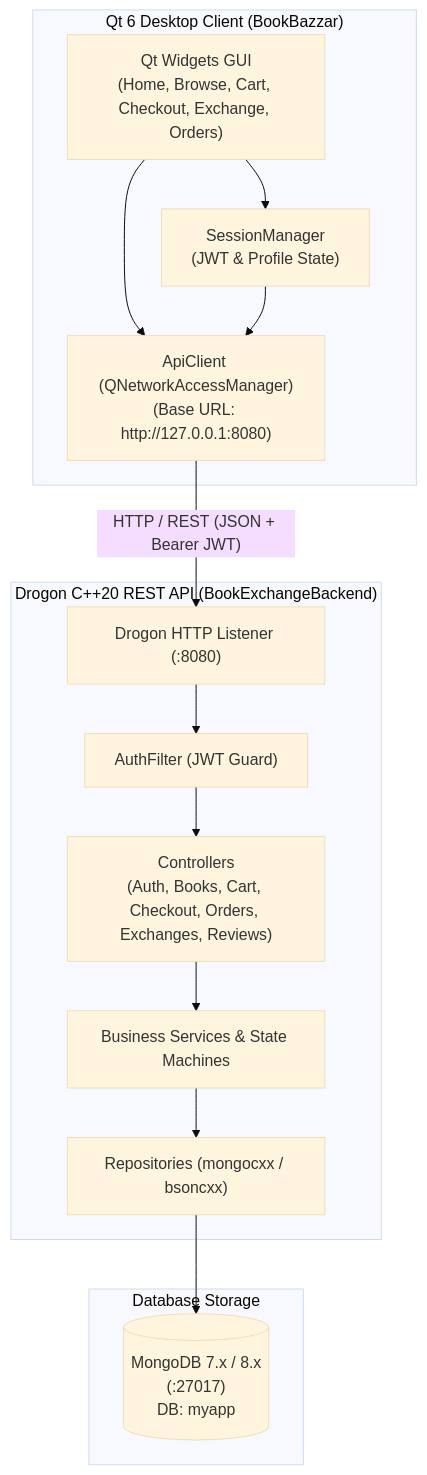
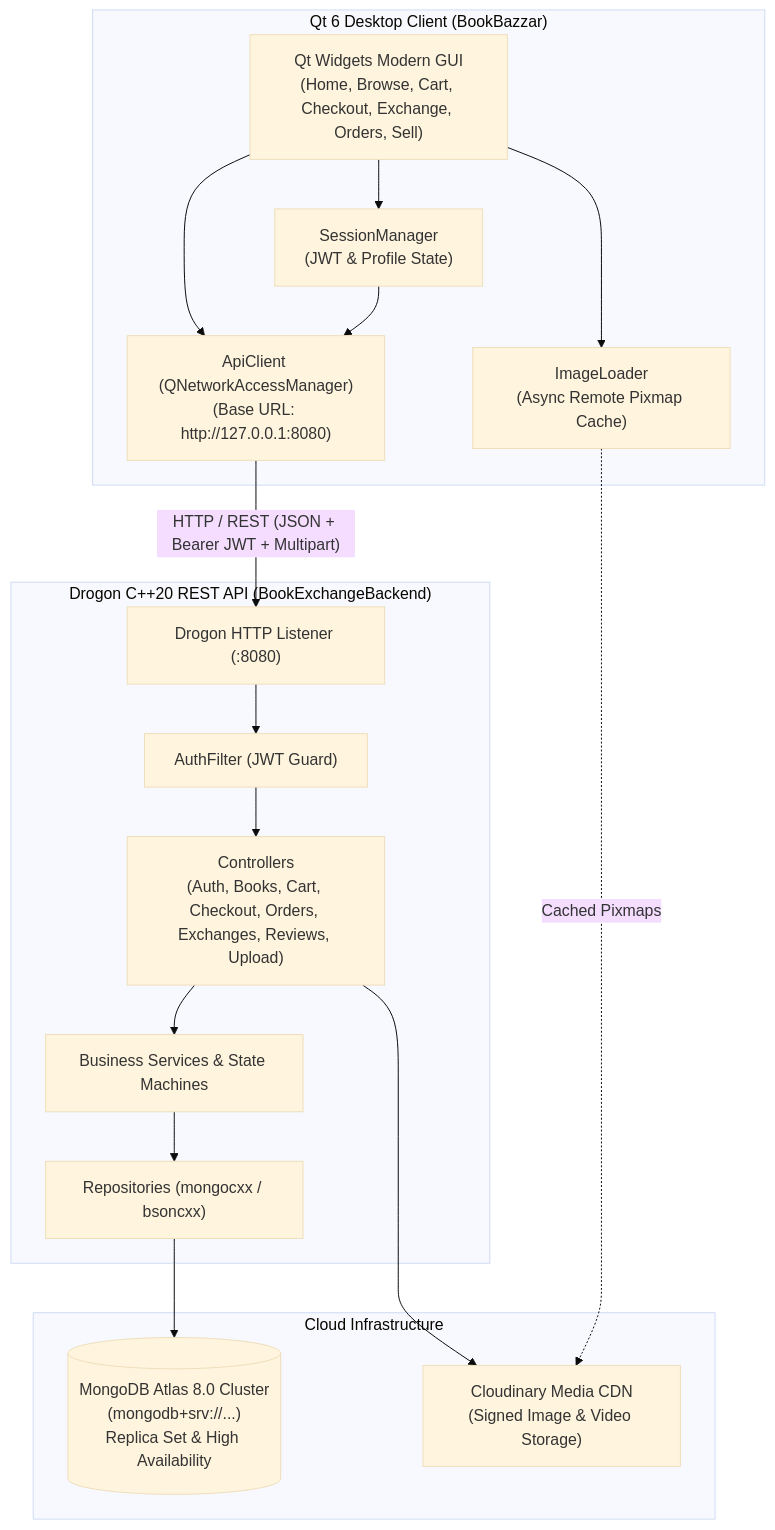
The diagram in README.md (nikshitpokhariya/book_store), drawn with Mermaid (base theme) before and after one commit. The commit also changed other lines of this file and 26 other files, not shown here.

Commit message:
feat: restore and enhance automated test suites, fix review privacy and upload API, author future roadmap, and polish production documentation

````diff
--- a/README.md
+++ b/README.md
@@ -48,31 +61,36 @@
 ```mermaid
 flowchart TD
     subgraph Client["Qt 6 Desktop Client (BookBazzar)"]
-        UI["Qt Widgets GUI\n(Home, Browse, Cart, Checkout, Exchange, Orders)"]
+        UI["Qt Widgets Modern GUI\n(Home, Browse, Cart, Checkout, Exchange, Orders, Sell)"]
         SM["SessionManager\n(JWT & Profile State)"]
         AC["ApiClient (QNetworkAccessManager)\n(Base URL: http://127.0.0.1:8080)"]
+        IL["ImageLoader\n(Async Remote Pixmap Cache)"]
         UI --> SM
         UI --> AC
+        UI --> IL
         SM --> AC
     end
 
     subgraph Backend["Drogon C++20 REST API (BookExchangeBackend)"]
         ROUTER["Drogon HTTP Listener (:8080)"]
         AUTH["AuthFilter (JWT Guard)"]
-        CTRL["Controllers\n(Auth, Books, Cart, Checkout, Orders, Exchanges, Reviews)"]
+        CTRL["Controllers\n(Auth, Books, Cart, Checkout, Orders, Exchanges, Reviews, Upload)"]
         SRV["Business Services & State Machines"]
         REPO["Repositories (mongocxx / bsoncxx)"]
 
         ROUTER --> AUTH
         AUTH --> CTRL
         CTRL --> SRV
         SRV --> REPO
     end
 
-    subgraph Storage["Database Storage"]
-        MONGO[("MongoDB 7.x / 8.x\n(:27017)\nDB: myapp")]
-        REPO --> MONGO
+    subgraph CloudStorage["Cloud Infrastructure"]
+        ATLAS[("MongoDB Atlas 8.0 Cluster\n(mongodb+srv://...)\nReplica Set & High Availability")]
+        CLOUDINARY["Cloudinary Media CDN\n(Signed Image & Video Storage)"]
+        REPO --> ATLAS
+        CTRL --> CLOUDINARY
+        IL -. "Cached Pixmaps" .-> CLOUDINARY
     end
 
-    AC -- "HTTP / REST (JSON + Bearer JWT)" --> ROUTER
+    AC -- "HTTP / REST (JSON + Bearer JWT + Multipart)" --> ROUTER
 ```
````
